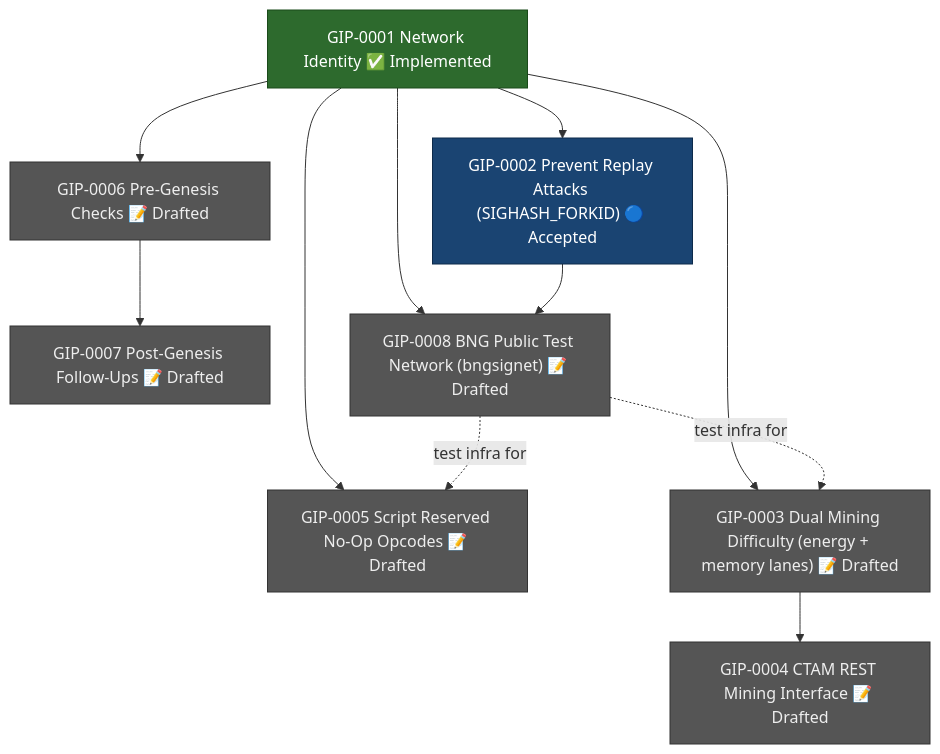
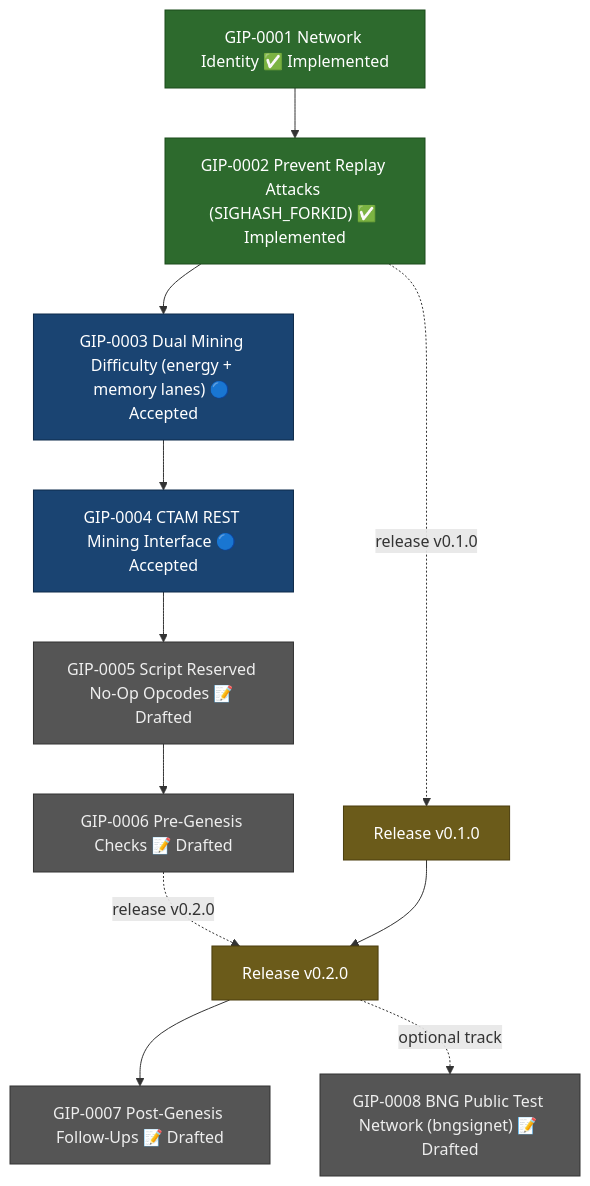
One commit to bitcoin-ng/bitcoin-ng changed the diagram in doc/bng/roadmap.md. Above: the diagram before and after it, drawn with Mermaid. The commit also changed other lines of this file and 9 other files, not shown here.

````diff
--- a/doc/bng/roadmap.md
+++ b/doc/bng/roadmap.md
@@ -21,33 +21,36 @@
 ```mermaid
 flowchart TD
     G1["GIP-0001 Network Identity ✅ Implemented"]
-    G2["GIP-0002 Prevent Replay Attacks (SIGHASH_FORKID) 🔵 Accepted"]
+    G2["GIP-0002 Prevent Replay Attacks (SIGHASH_FORKID) ✅ Implemented"]
+    R1["Release v0.1.0"]
+    G3["GIP-0003 Dual Mining Difficulty (energy + memory lanes) 🔵 Accepted"]
+    G4["GIP-0004 CTAM REST Mining Interface 🔵 Accepted"]
     G5["GIP-0005 Script Reserved No-Op Opcodes 📝 Drafted"]
     G6["GIP-0006 Pre-Genesis Checks 📝 Drafted"]
     G7["GIP-0007 Post-Genesis Follow-Ups 📝 Drafted"]
     G8["GIP-0008 BNG Public Test Network (bngsignet) 📝 Drafted"]
-    G3["GIP-0003 Dual Mining Difficulty (energy + memory lanes) 📝 Drafted"]
-    G4["GIP-0004 CTAM REST Mining Interface 📝 Drafted"]
+    R2["Release v0.2.0"]
 
     G1 --> G2
-    G1 --> G8
-    G2 --> G8
+    G2 -.->|"release v0.1.0"| R1
 
-    G1 --> G5
-    G1 --> G6
-    G6 --> G7
+    G2 --> G3
+    G3 --> G4
+    G4 --> G5
+    G5 --> G6
+    G6 -.->|"release v0.2.0"| R2
 
-    G1 --> G3
-    G3 --> G4
-
-    G8 -.->|"test infra for"| G3
-    G8 -.->|"test infra for"| G5
+    R1 --> R2
+    R2 --> G7
+    R2 -.->|"optional track"| G8
 
     classDef implemented fill:#2d6a2d,color:#fff,stroke:#1a4a1a
     classDef accepted    fill:#1a4472,color:#fff,stroke:#0d2a4a
     classDef drafted     fill:#555,color:#eee,stroke:#333
+    classDef release     fill:#6b5b1a,color:#fff,stroke:#4a3d0d
 
-    class G1 implemented
-    class G2 accepted
-    class G8,G5,G6,G7,G3,G4 drafted
+    class G1,G2 implemented
+    class G3,G4 accepted
+    class G8,G5,G6,G7 drafted
+    class R1,R2 release
 ```
````
